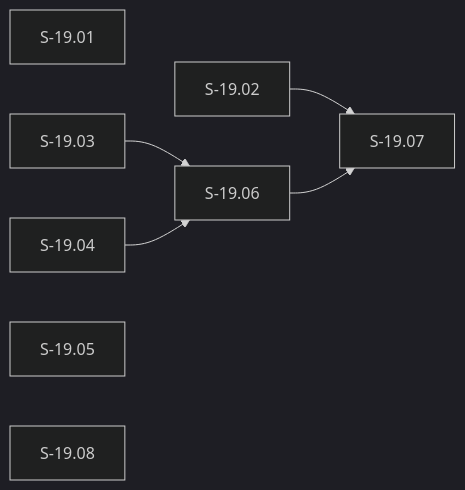
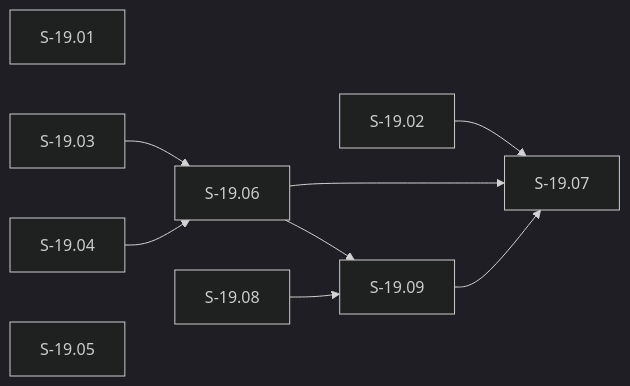
The diagram in stories/epics/E-19-post-rc22-operator-hardening.md (drbothen/vsdd-factory), drawn with Mermaid (dark theme) before and after one commit. The commit also changed other lines of this file and 2 other files, not shown here.

````diff
--- a/stories/epics/E-19-post-rc22-operator-hardening.md
+++ b/stories/epics/E-19-post-rc22-operator-hardening.md
@@ -209,10 +232,12 @@
 ```mermaid
 graph LR
   S-19.01
   S-19.03 --> S-19.06
   S-19.04 --> S-19.06
   S-19.05
-  S-19.08
+  S-19.06 --> S-19.09
+  S-19.08 --> S-19.09
   S-19.02 --> S-19.07
   S-19.06 --> S-19.07
+  S-19.09 --> S-19.07
 ```
````
